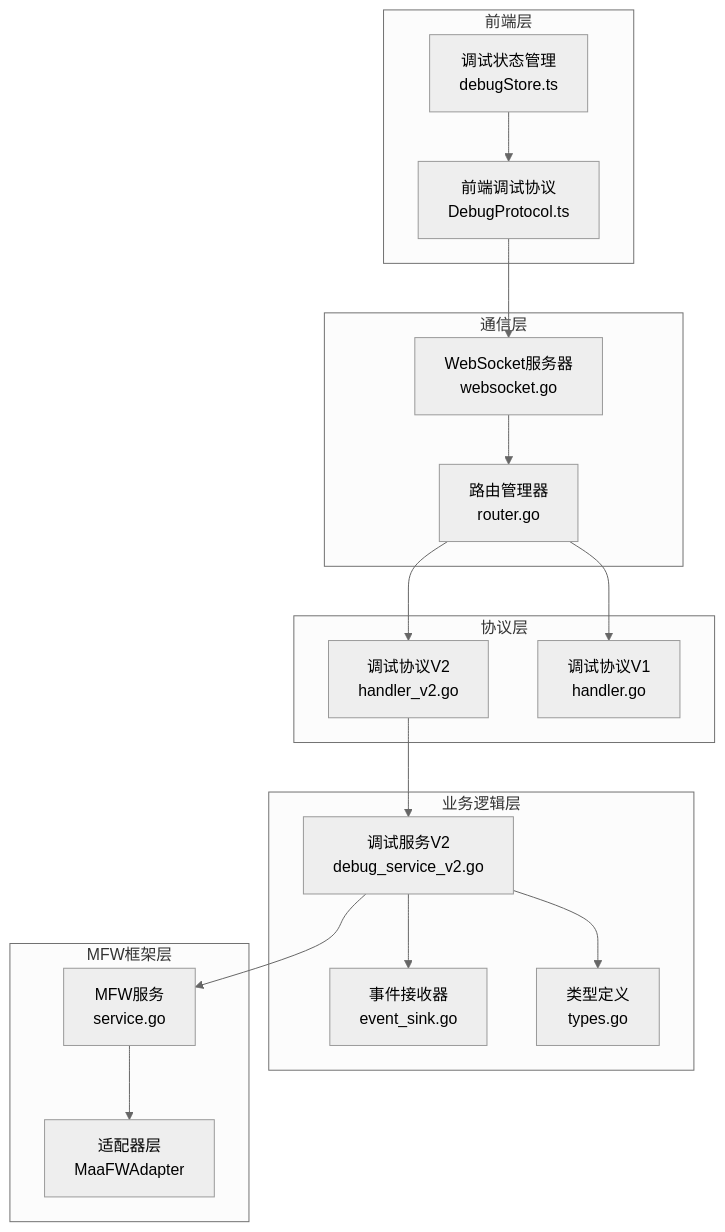
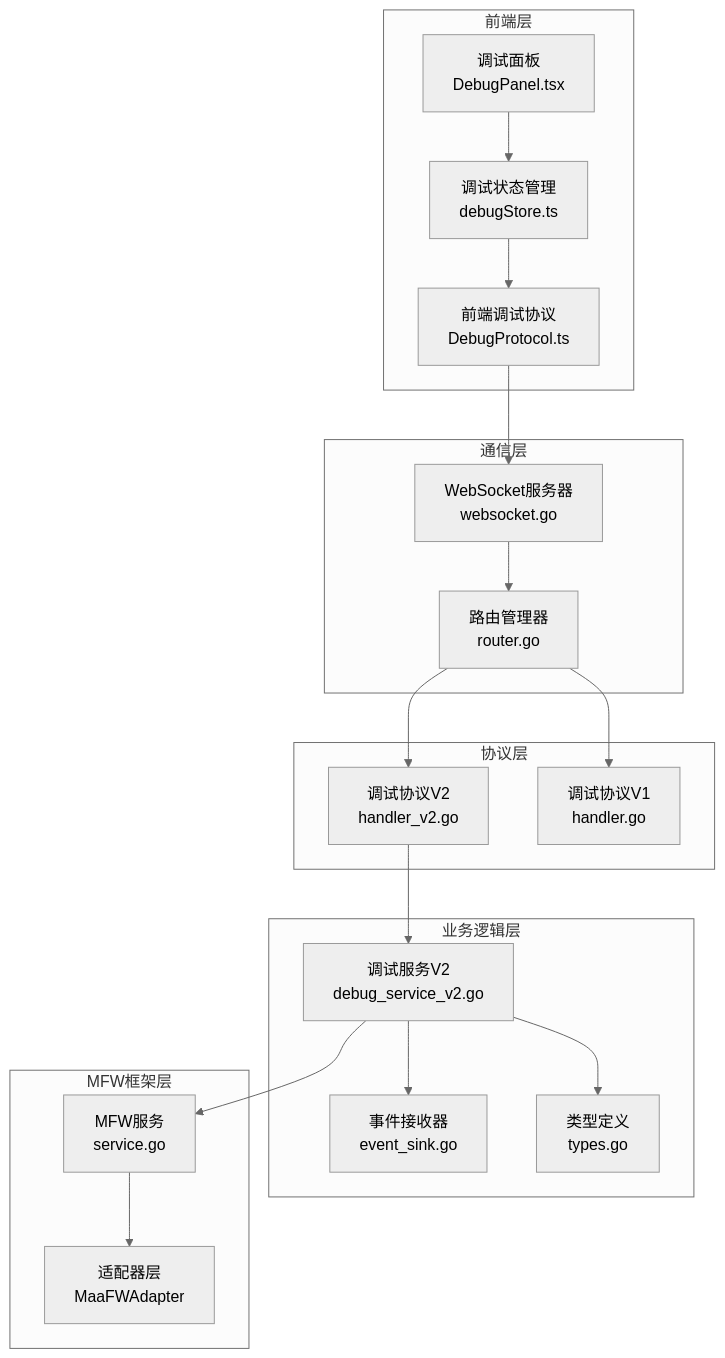
The first of 9 diagrams in .qoder/repowiki/zh/content/核心概念/调试协议 V2.md (kqcoxn/MaaPipelineEditor), drawn with Mermaid (neutral theme) before and after one commit. The commit also changed other lines of this file and 10 other files, not shown here.

````diff
--- a/.qoder/repowiki/zh/content/核心概念/调试协议 V2.md
+++ b/.qoder/repowiki/zh/content/核心概念/调试协议 V2.md
@@ -35,34 +49,36 @@
 ```mermaid
 graph TB
 subgraph "前端层"
 FP[前端调试协议<br/>DebugProtocol.ts]
 FS[调试状态管理<br/>debugStore.ts]
+DP[调试面板<br/>DebugPanel.tsx]
 end
 subgraph "通信层"
 WS[WebSocket服务器<br/>websocket.go]
 RM[路由管理器<br/>router.go]
 end
 subgraph "协议层"
 DHV2[调试协议V2<br/>handler_v2.go]
 DHV1[调试协议V1<br/>handler.go]
 end
 subgraph "业务逻辑层"
 DSV2[调试服务V2<br/>debug_service_v2.go]
 ES[事件接收器<br/>event_sink.go]
 TS[类型定义<br/>types.go]
 end
 subgraph "MFW框架层"
 SVC[MFW服务<br/>service.go]
 ADP[适配器层<br/>MaaFWAdapter]
 end
 FP --> WS
 FS --> FP
+DP --> FS
 WS --> RM
 RM --> DHV2
 RM --> DHV1
 DHV2 --> DSV2
 DSV2 --> ES
 DSV2 --> TS
 DSV2 --> SVC
 SVC --> ADP
 ```
````
